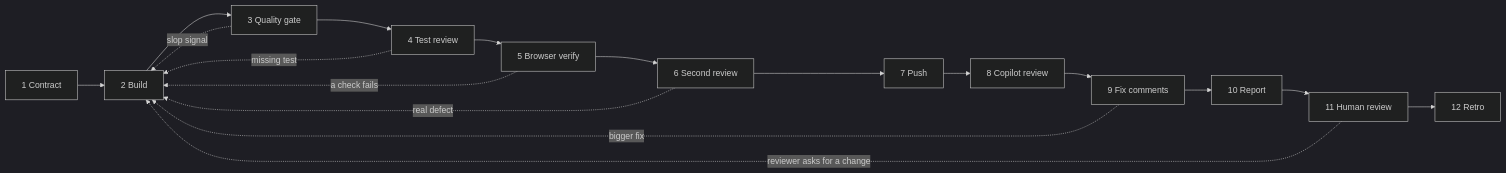
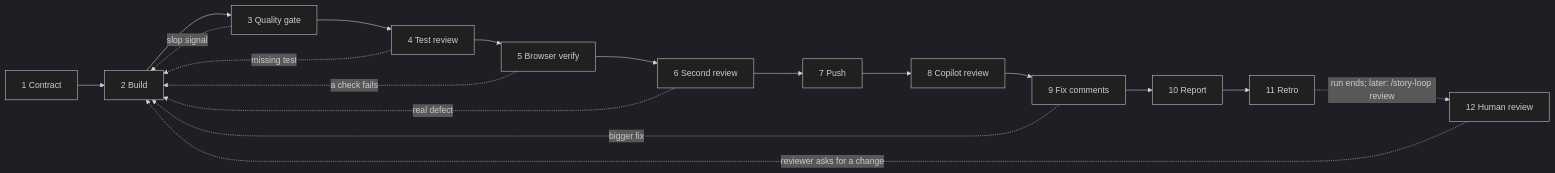
One commit to hal-9/claude-kit changed the diagram in flows/story-loop/README.md. Above: the diagram before and after it, drawn with Mermaid (dark theme). The commit also changed other lines of this file and 12 other files, not shown here.

First line of the commit message:
story-loop: walkthrough, board redesign, review as a follow-up

````diff
--- a/flows/story-loop/README.md
+++ b/flows/story-loop/README.md
@@ -27,12 +28,12 @@
 ```mermaid
 flowchart LR
   A[1 Contract] --> B[2 Build] --> Q[3 Quality gate] --> C[4 Test review] --> D[5 Browser verify]
   D --> E[6 Second review] --> F[7 Push] --> G[8 Copilot review] --> H[9 Fix comments] --> I[10 Report]
-  I --> J[11 Human review] --> K[12 Retro]
+  I --> K[11 Retro] -. run ends; later: /story-loop review .-> J[12 Human review]
   Q -. slop signal .-> B
   C -. missing test .-> B
   D -. a check fails .-> B
   E -. real defect .-> B
   H -. bigger fix .-> B
   J -. reviewer asks for a change .-> B
 ```
````
